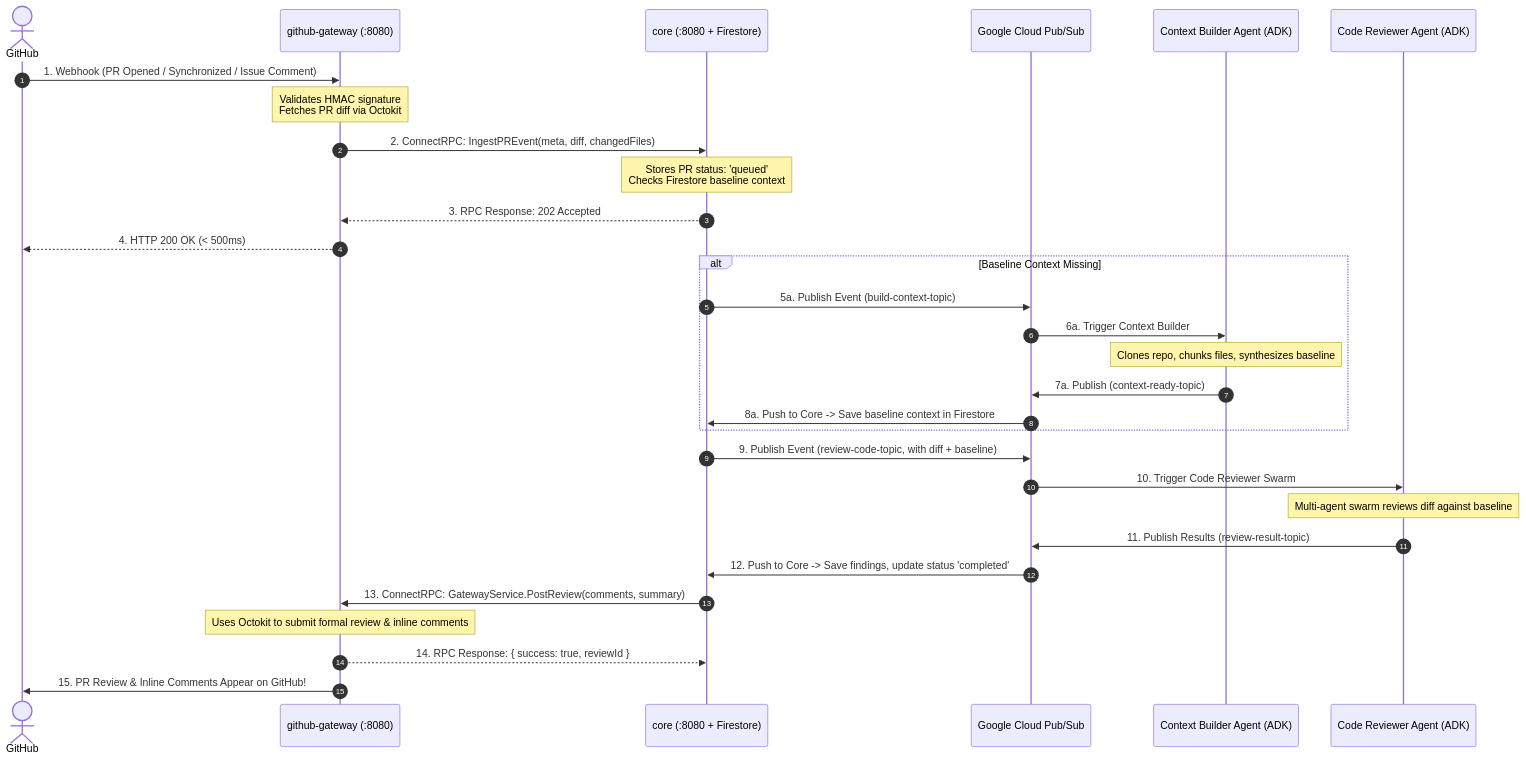
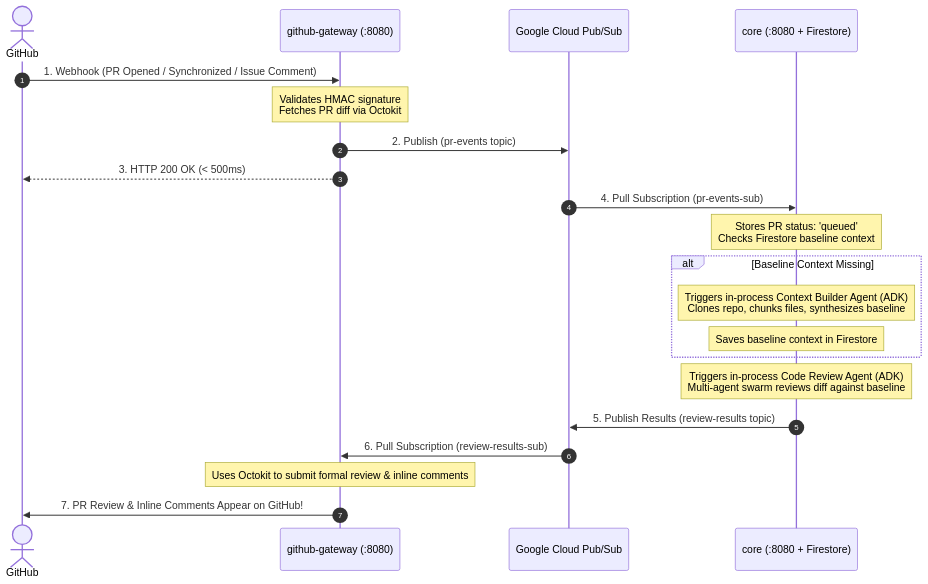
One commit to usermeme/code-review-agent changed the diagram in README.md. Above: the diagram before and after it, drawn with Mermaid. The commit also changed other lines of this file and 1 other file, not shown here.

Commit message:
docs: update readme and docker-compose to reflect 2-service pubsub architecture

````diff
--- a/README.md
+++ b/README.md
@@ -23,40 +23,31 @@
 ```mermaid
 sequenceDiagram
     autonumber
     actor GitHub
     participant GW as github-gateway (:8080)
+    participant Bus as Google Cloud Pub/Sub
     participant Core as core (:8080 + Firestore)
-    participant Bus as Google Cloud Pub/Sub
-    participant CtxAgent as Context Builder Agent (ADK)
-    participant RevAgent as Code Reviewer Agent (ADK)
 
     %% 1. Ingress
     GitHub->>GW: 1. Webhook (PR Opened / Synchronized / Issue Comment)
     Note over GW: Validates HMAC signature<br/>Fetches PR diff via Octokit
-    GW->>Core: 2. ConnectRPC: IngestPREvent(meta, diff, changedFiles)
+    GW->>Bus: 2. Publish (pr-events topic)
+    GW-->>GitHub: 3. HTTP 200 OK (< 500ms)
+
+    %% 2. Orchestration & Agents (In-process)
+    Bus->>Core: 4. Pull Subscription (pr-events-sub)
     Note over Core: Stores PR status: 'queued'<br/>Checks Firestore baseline context
-    Core-->>GW: 3. RPC Response: 202 Accepted
-    GW-->>GitHub: 4. HTTP 200 OK (< 500ms)
-
-    %% 2. Context Orchestration
     alt Baseline Context Missing
-        Core->>Bus: 5a. Publish Event (build-context-topic)
-        Bus->>CtxAgent: 6a. Trigger Context Builder
-        Note over CtxAgent: Clones repo, chunks files, synthesizes baseline
-        CtxAgent->>Bus: 7a. Publish (context-ready-topic)
-        Bus->>Core: 8a. Push to Core -> Save baseline context in Firestore
+        Note over Core: Triggers in-process Context Builder Agent (ADK)<br/>Clones repo, chunks files, synthesizes baseline
+        Note over Core: Saves baseline context in Firestore
     end
 
     %% 3. Code Review
-    Core->>Bus: 9. Publish Event (review-code-topic, with diff + baseline)
-    Bus->>RevAgent: 10. Trigger Code Reviewer Swarm
-    Note over RevAgent: Multi-agent swarm reviews diff against baseline
-    RevAgent->>Bus: 11. Publish Results (review-result-topic)
+    Note over Core: Triggers in-process Code Review Agent (ADK)<br/>Multi-agent swarm reviews diff against baseline
 
     %% 4. Review Completion & Egress
-    Bus->>Core: 12. Push to Core -> Save findings, update status 'completed'
-    Core->>GW: 13. ConnectRPC: GatewayService.PostReview(comments, summary)
+    Core->>Bus: 5. Publish Results (review-results topic)
+    Bus->>GW: 6. Pull Subscription (review-results-sub)
     Note over GW: Uses Octokit to submit formal review & inline comments
-    GW-->>Core: 14. RPC Response: { success: true, reviewId }
-    GW->>GitHub: 15. PR Review & Inline Comments Appear on GitHub!
+    GW->>GitHub: 7. PR Review & Inline Comments Appear on GitHub!
 ```
````
